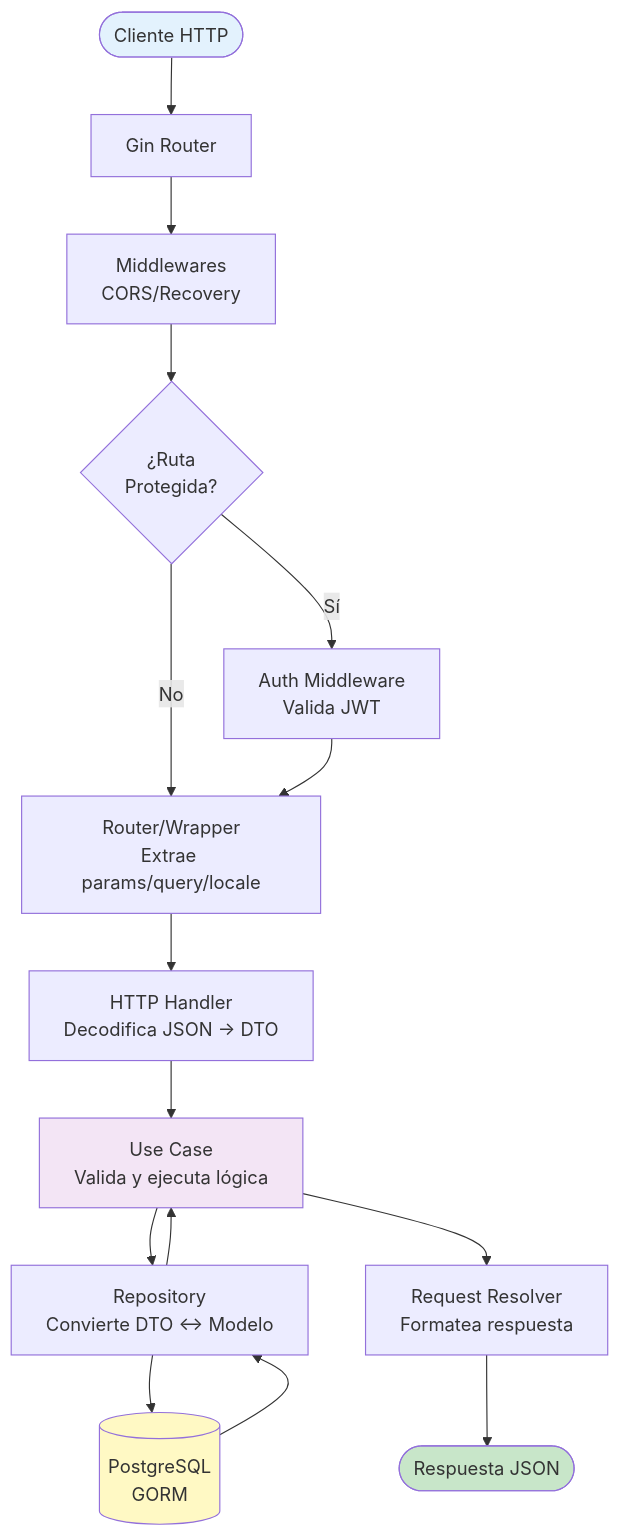
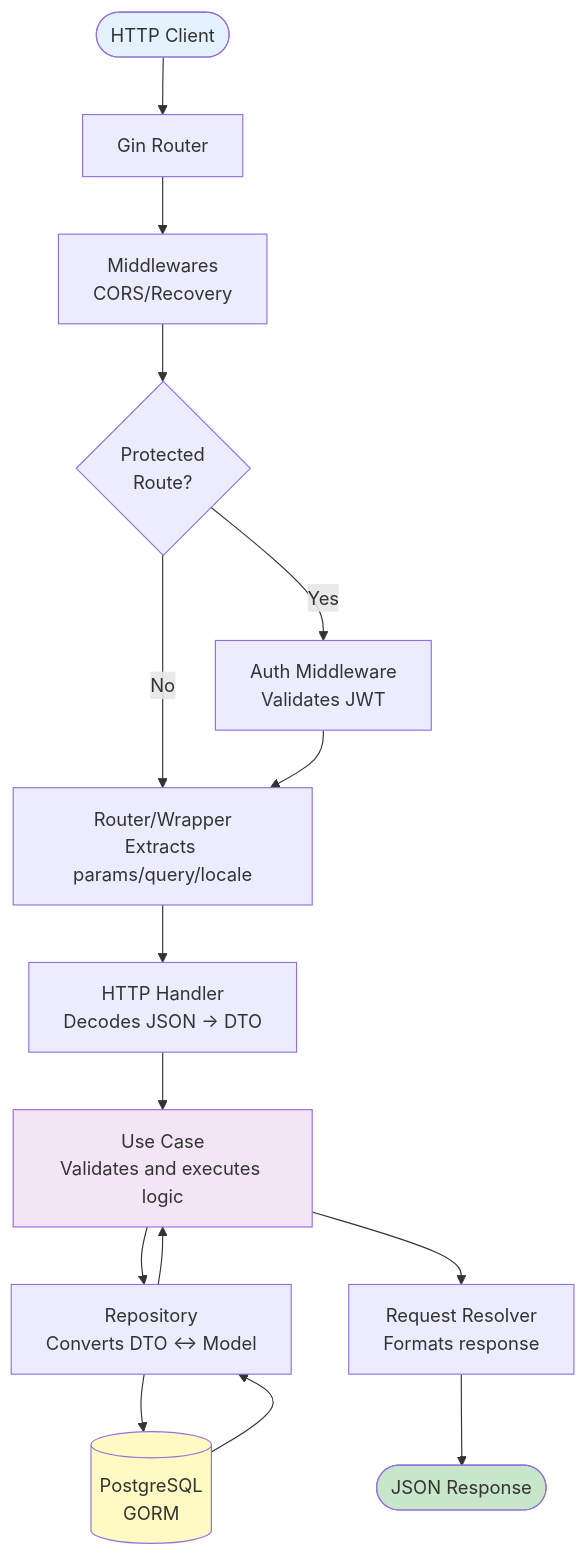
Diagram 12 of 27 in README.md (Simon3640/GoProjectSkeleton), drawn with Mermaid before and after one commit. The commit also changed other lines of this file and 1 other file, not shown here.

````diff
--- a/README.md
+++ b/README.md
@@ -1454,22 +1454,22 @@
 ```mermaid
 flowchart TD
-    Start([Cliente HTTP]) --> Gin[Gin Router]
+    Start([HTTP Client]) --> Gin[Gin Router]
     Gin --> MW[Middlewares<br/>CORS/Recovery]
-    MW --> Auth{¿Ruta<br/>Protegida?}
-    Auth -->|Sí| AuthMW[Auth Middleware<br/>Valida JWT]
+    MW --> Auth{Protected<br/>Route?}
+    Auth -->|Yes| AuthMW[Auth Middleware<br/>Validates JWT]
     Auth -->|No| Router
-    AuthMW --> Router[Router/Wrapper<br/>Extrae params/query/locale]
-    Router --> Handler[HTTP Handler<br/>Decodifica JSON → DTO]
-    Handler --> UseCase[Use Case<br/>Valida y ejecuta lógica]
-    UseCase --> Repo[Repository<br/>Convierte DTO ↔ Modelo]
+    AuthMW --> Router[Router/Wrapper<br/>Extracts params/query/locale]
+    Router --> Handler[HTTP Handler<br/>Decodes JSON → DTO]
+    Handler --> UseCase[Use Case<br/>Validates and executes logic]
+    UseCase --> Repo[Repository<br/>Converts DTO ↔ Model]
     Repo --> DB[(PostgreSQL<br/>GORM)]
     DB --> Repo
     Repo --> UseCase
-    UseCase --> Resolver[Request Resolver<br/>Formatea respuesta]
-    Resolver --> End([Respuesta JSON])
+    UseCase --> Resolver[Request Resolver<br/>Formats response]
+    Resolver --> End([JSON Response])
 
     style Start fill:#e3f2fd
     style End fill:#c8e6c9
     style DB fill:#fff9c4
     style UseCase fill:#f3e5f5
 ```
````
